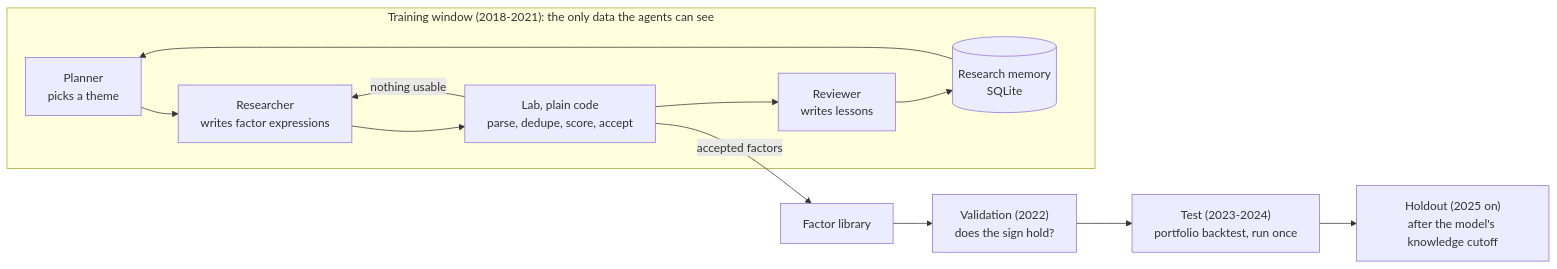
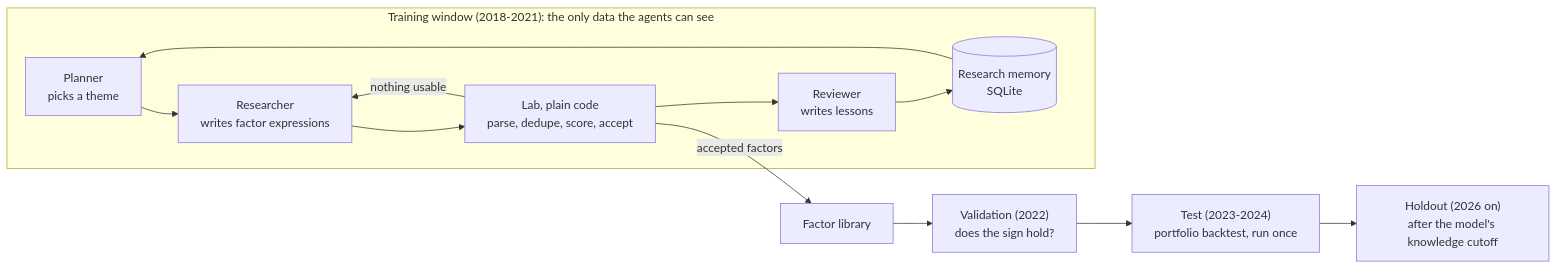
Before and after one commit to yuhang2551/timefence-mini: the diagram in README_EN.md, drawn with Mermaid. The commit also changed other lines of this file and 8 other files, not shown here.

````diff
--- a/README_EN.md
+++ b/README_EN.md
@@ -11,15 +11,15 @@
 ```mermaid
 flowchart LR
     subgraph train["Training window (2018-2021): the only data the agents can see"]
         P[Planner<br/>picks a theme] --> R[Researcher<br/>writes factor expressions]
         R --> J[Lab, plain code<br/>parse, dedupe, score, accept]
         J -->|nothing usable| R
         J --> V[Reviewer<br/>writes lessons]
         V --> M[(Research memory<br/>SQLite)]
         M --> P
     end
     J -->|accepted factors| L[Factor library]
     L --> VA["Validation (2022)<br/>does the sign hold?"]
     VA --> T["Test (2023-2024)<br/>portfolio backtest, run once"]
-    T --> H["Holdout (2025 on)<br/>after the model's knowledge cutoff"]
+    T --> H["Holdout (2026 on)<br/>after the model's knowledge cutoff"]
 ```
````
